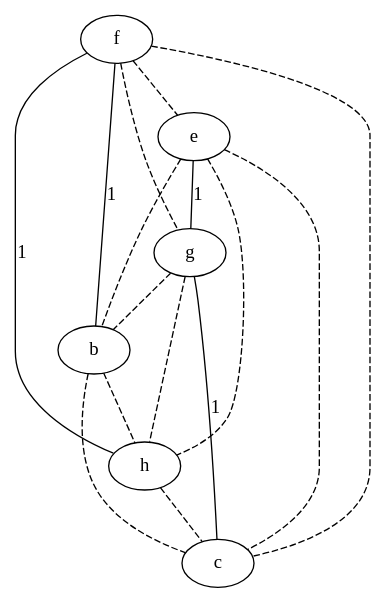
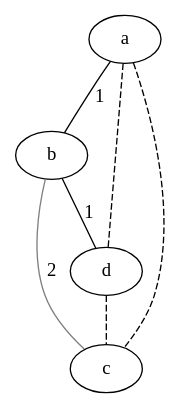
The diagram in src/extension/linearGraph.dot (lrodrin/TFG), drawn with Graphviz before and after one commit. The commit also changed 9 other files, not shown here.

```diff
--- a/src/extension/linearGraph.dot
+++ b/src/extension/linearGraph.dot
@@ -1,23 +1,12 @@
 strict graph "" {
-f;
-e;
-g;
+a;
 b;
-h;
+d;
 c;
-f -- e  [color=black, style=dashed];
-f -- g  [color=black, style=dashed];
-f -- b  [color=black, label=1, style=solid];
-f -- h  [color=black, label=1, style=solid];
-f -- c  [color=black, style=dashed];
-e -- g  [color=black, label=1, style=solid];
-e -- b  [color=black, style=dashed];
-e -- h  [color=black, style=dashed];
-e -- c  [color=black, style=dashed];
-g -- b  [color=black, style=dashed];
-g -- h  [color=black, style=dashed];
-g -- c  [color=black, label=1, style=solid];
-b -- h  [color=black, style=dashed];
-b -- c  [color=black, style=dashed];
-h -- c  [color=black, style=dashed];
+a -- b  [color=black, label=1, style=solid];
+a -- d  [color=black, style=dashed];
+a -- c  [color=black, style=dashed];
+b -- d  [color=black, label=1, style=solid];
+b -- c  [color=grey, label=2, style=solid];
+d -- c  [color=black, style=dashed];
 }
```
